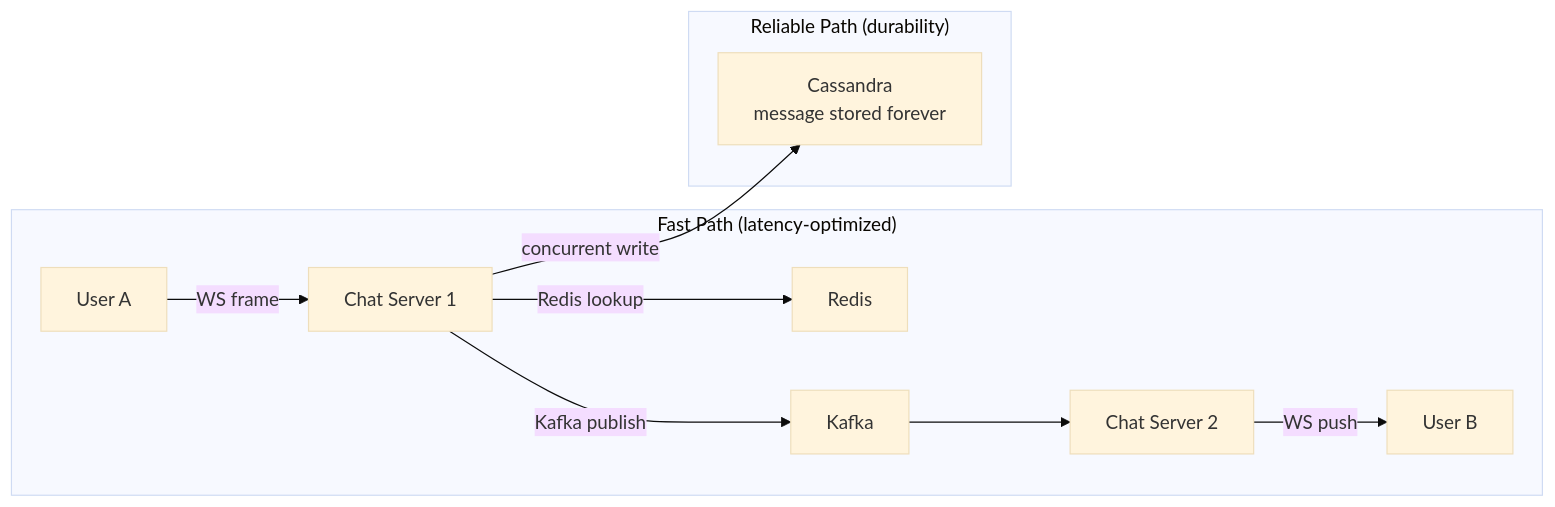
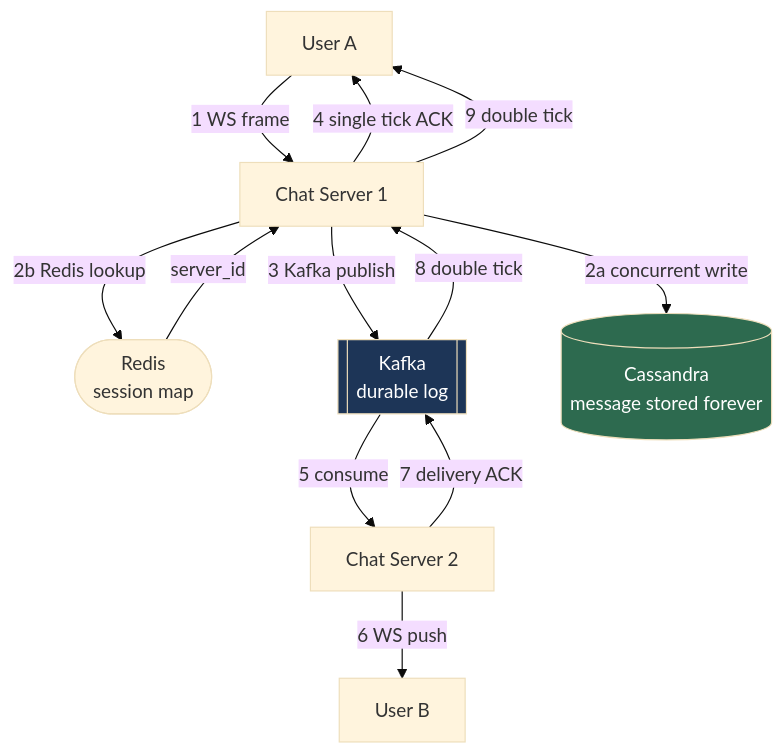
One commit to shyamalm88/MechineCoding changed the fifth of 10 diagrams in system-design/chat-app-whatsapp-web.md. Above: the diagram before and after it, drawn with Mermaid (base theme). The commit also changed other lines of this file, not shown here.

````diff
--- a/system-design/chat-app-whatsapp-web.md
+++ b/system-design/chat-app-whatsapp-web.md
@@ -570,13 +584,25 @@
 ```mermaid
-graph LR
-    subgraph FastPath["Fast Path (latency-optimized)"]
-        A["User A"] -->|WS frame| CS1["Chat Server 1"]
-        CS1 -->|Redis lookup| R["Redis"]
-        CS1 -->|Kafka publish| K["Kafka"]
-        K --> CS2["Chat Server 2"]
-        CS2 -->|WS push| B["User B"]
-    end
-    subgraph ReliablePath["Reliable Path (durability)"]
-        CS1 -->|concurrent write| CassDB["Cassandra\nmessage stored forever"]
-    end
+graph TD
+    A["User A"]
+    CS1["Chat Server 1"]
+    R(["Redis\nsession map"])
+    K[["Kafka\ndurable log"]]
+    CS2["Chat Server 2"]
+    B["User B"]
+    Cass[("Cassandra\nmessage stored forever")]
+
+    A -->|1 WS frame| CS1
+    CS1 -->|2a concurrent write| Cass
+    CS1 -->|2b Redis lookup| R
+    R -->|server_id| CS1
+    CS1 -->|3 Kafka publish| K
+    CS1 -->|4 single tick ACK| A
+    K -->|5 consume| CS2
+    CS2 -->|6 WS push| B
+    CS2 -->|7 delivery ACK| K
+    K -->|8 double tick| CS1
+    CS1 -->|9 double tick| A
+
+    style Cass fill:#2d6a4f,color:#fff
+    style K fill:#1d3557,color:#fff
 ```
````
